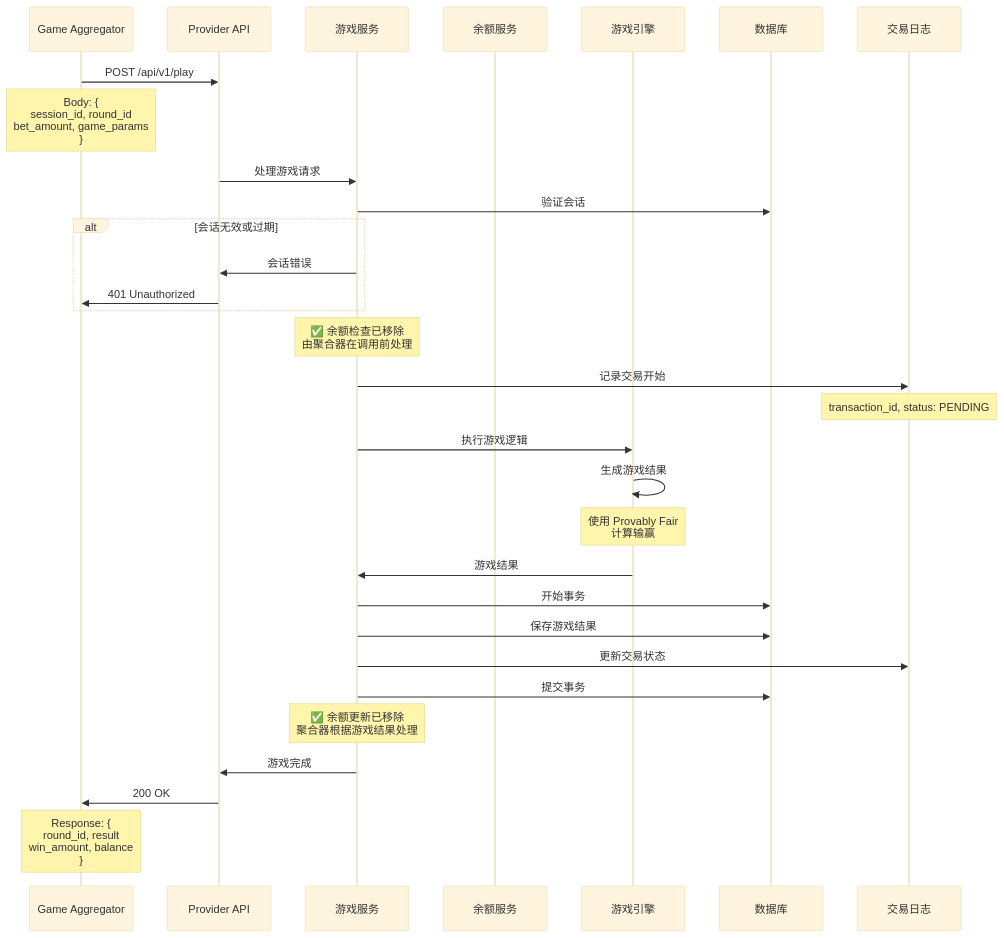
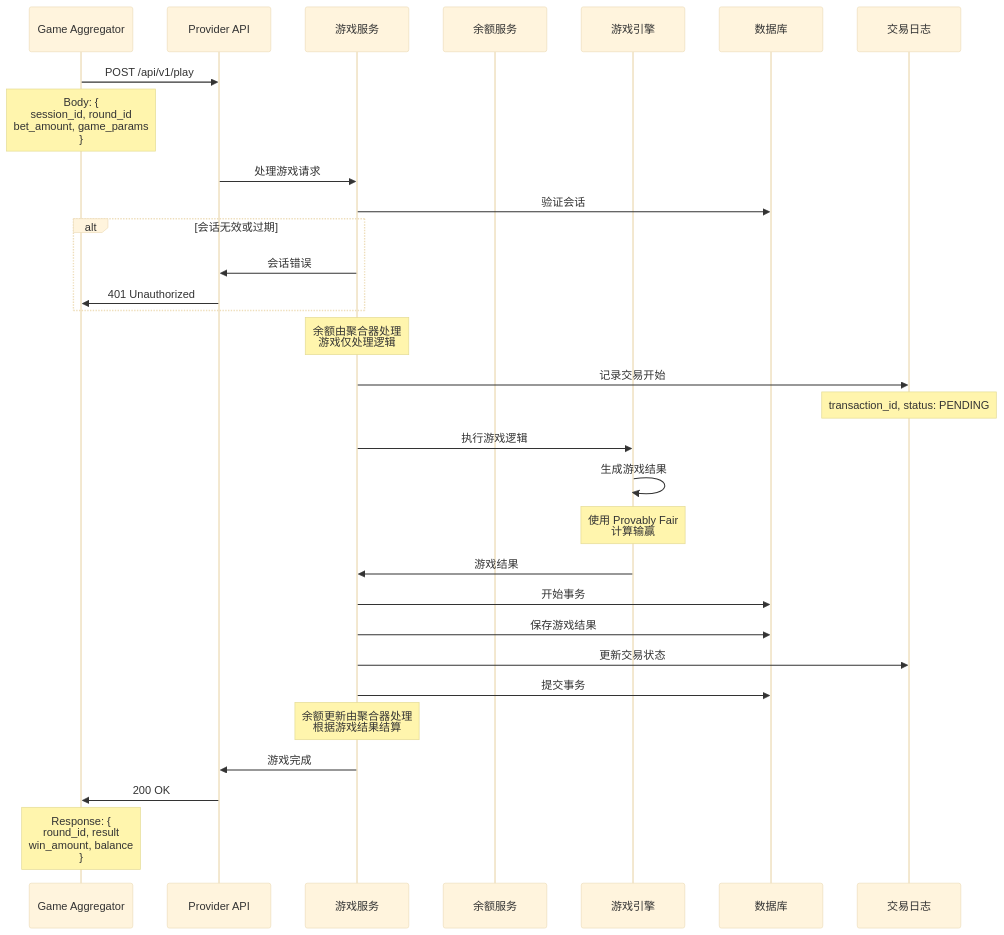
Before and after one commit to infigaming-com/invoker-gh-pages: diagram 29 of 32 in sequence-diagrams-zh.md, drawn with Mermaid (base theme). The commit also changed other lines of this file and 3 other files, not shown here.

````diff
--- a/sequence-diagrams-zh.md
+++ b/sequence-diagrams-zh.md
@@ -1189,43 +1358,43 @@
 ```mermaid
 sequenceDiagram
     participant GA as Game Aggregator
     participant ProviderAPI as Provider API
     participant PlayService as 游戏服务
     participant BalanceService as 余额服务
     participant GameEngine as 游戏引擎
     participant Database as 数据库
     participant TransactionLog as 交易日志
 
     GA->>ProviderAPI: POST /api/v1/play
     Note over GA: Body: {<br/>session_id, round_id<br/>bet_amount, game_params<br/>}
 
     ProviderAPI->>PlayService: 处理游戏请求
     PlayService->>Database: 验证会话
     
     alt 会话无效或过期
         PlayService->>ProviderAPI: 会话错误
         ProviderAPI->>GA: 401 Unauthorized
     end
 
-    Note over PlayService: ✅ 余额检查已移除<br/>由聚合器在调用前处理
+    Note over PlayService: 余额由聚合器处理<br/>游戏仅处理逻辑
 
     PlayService->>TransactionLog: 记录交易开始
     Note over TransactionLog: transaction_id, status: PENDING
 
     PlayService->>GameEngine: 执行游戏逻辑
     GameEngine->>GameEngine: 生成游戏结果
     Note over GameEngine: 使用 Provably Fair<br/>计算输赢
 
     GameEngine->>PlayService: 游戏结果
     
     PlayService->>Database: 开始事务
     PlayService->>Database: 保存游戏结果
     PlayService->>TransactionLog: 更新交易状态
     PlayService->>Database: 提交事务
 
-    Note over PlayService: ✅ 余额更新已移除<br/>聚合器根据游戏结果处理
+    Note over PlayService: 余额更新由聚合器处理<br/>根据游戏结果结算
     
     PlayService->>ProviderAPI: 游戏完成
     ProviderAPI->>GA: 200 OK
     Note over GA: Response: {<br/>round_id, result<br/>win_amount, balance<br/>}
 ```
````
